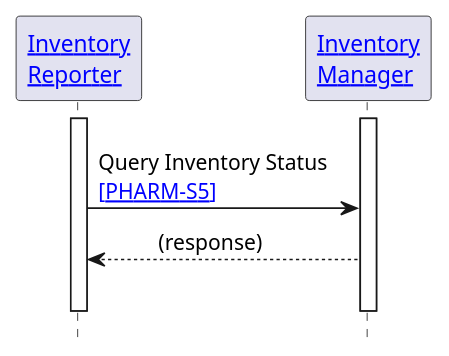
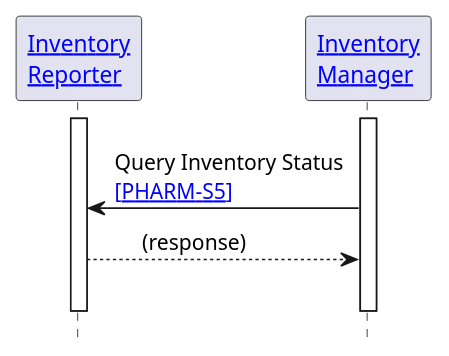
Before and after one commit to IHE/pharm-supply: the diagram in input/images-source/pharm-s5.plantuml, drawn with PlantUML. The commit also changed 31 other files, not shown here.

```diff
--- a/input/images-source/pharm-s5.plantuml
+++ b/input/images-source/pharm-s5.plantuml
@@ -1,22 +1,22 @@
 @startuml
 
 hide footbox
 
 '!include ./style.iuml
 
 
-Participant "[[actor_definitions.html#inventory-report Inventory\nReporter]]" as IR
-Participant "[[actor_definitions.html#inventory-manager Inventory\nManager]]" as IM
+Participant "[[actors_and_transactions.html#inventory-reporter Inventory\nReporter]]" as IR
+Participant "[[actors_and_transactions.html#inventory-manager Inventory\nManager]]" as IM
 
 activate IR
 activate IM
 
 IR -[hidden]> IM
-IR -> IM: Query Inventory Status \n[[PHARM-S5.html {Inventory Query} ~[PHARM-S5~]]]
-IR <-- IM: \t(response)\t
+IR <- IM: Query Inventory Status \n[[PHARM-S5.html {Inventory Query} ~[PHARM-S5~]]]
+IR --> IM: \t(response)\t
 IR -[hidden]> IM :"  "
 
 deactivate IR
 deactivate IM
 
 @enduml
```
